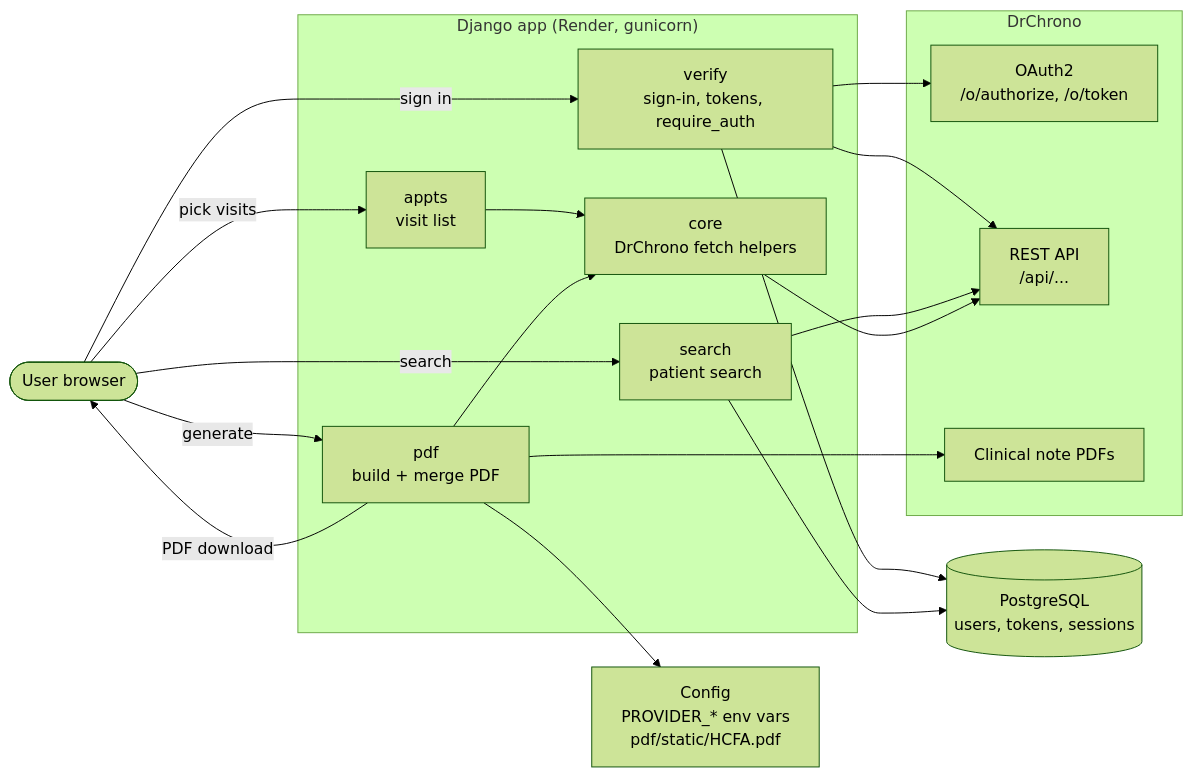
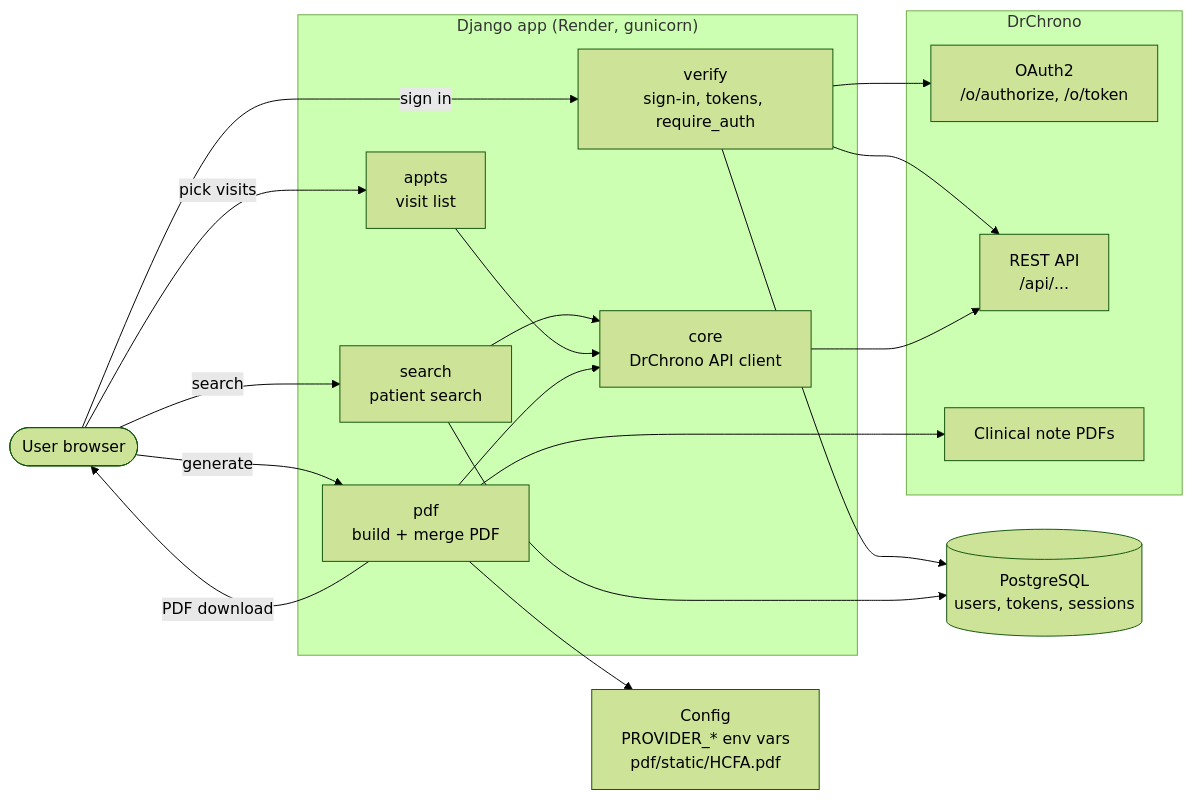
The first of 2 diagrams in SYSTEM_MAP.md (Pirateqeq/DrChrono_PDF_Compiler), drawn with Mermaid (forest theme) before and after one commit. The commit also changed other lines of this file and 7 other files, not shown here.

````diff
--- a/SYSTEM_MAP.md
+++ b/SYSTEM_MAP.md
@@ -19,38 +19,38 @@
 ```mermaid
 flowchart LR
     U([User browser])
 
     subgraph Django["Django app (Render, gunicorn)"]
         V[verify<br/>sign-in, tokens, require_auth]
         S[search<br/>patient search]
         A[appts<br/>visit list]
         P[pdf<br/>build + merge PDF]
-        C[core<br/>DrChrono fetch helpers]
+        C[core<br/>DrChrono API client]
     end
 
     subgraph DC["DrChrono"]
         O[OAuth2<br/>/o/authorize, /o/token]
         API[REST API<br/>/api/...]
         N[Clinical note PDFs]
     end
 
     DB[(PostgreSQL<br/>users, tokens, sessions)]
     CFG[Config<br/>PROVIDER_* env vars<br/>pdf/static/HCFA.pdf]
 
     U -- sign in --> V
     U -- search --> S
     U -- pick visits --> A
     U -- generate --> P
     P -- PDF download --> U
 
     V --> O
     V --> API
     V --> DB
-    S --> API
+    S --> C
     S --> DB
     A --> C
     P --> C
     C --> API
     P --> N
     P --> CFG
 ```
````
